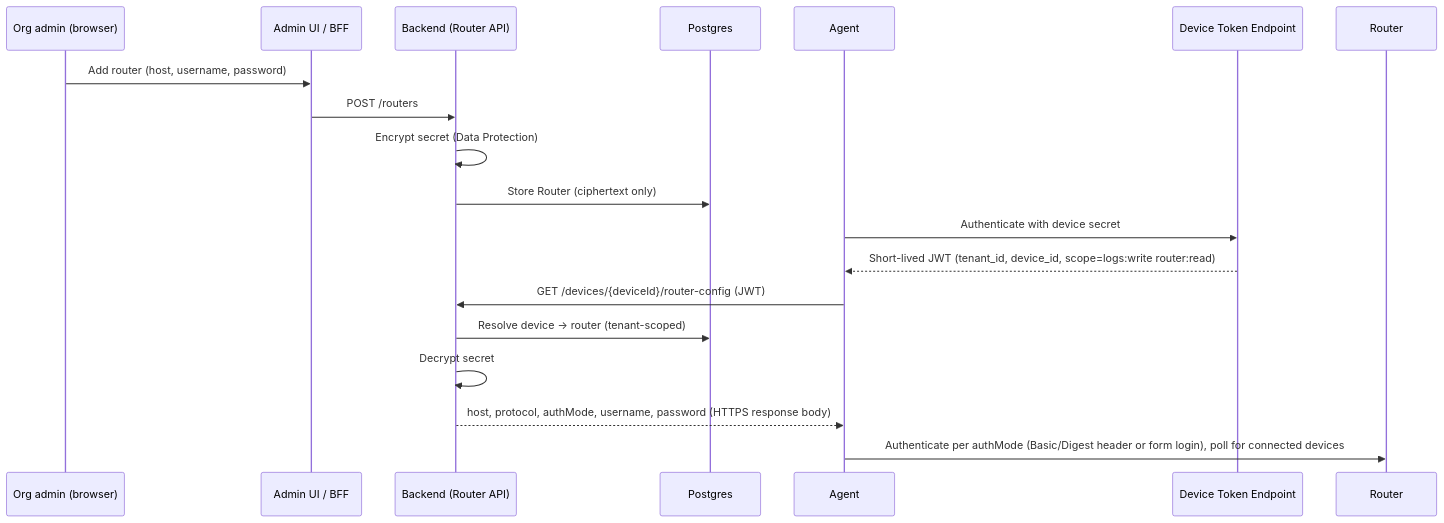
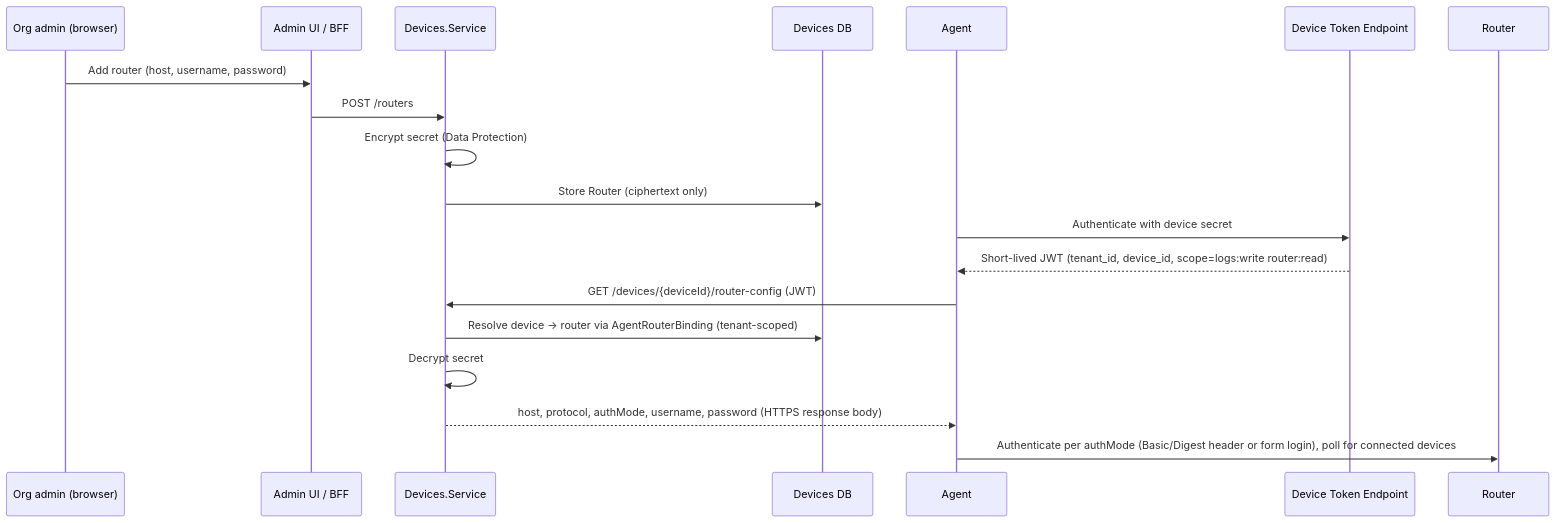
Before and after one commit to dzaba1/HomeSecurity: the second of 2 diagrams in docs/architecture/15-router-credentials.md, drawn with Mermaid. The commit also changed other lines of this file and 8 other files, not shown here.

````diff
--- a/docs/architecture/15-router-credentials.md
+++ b/docs/architecture/15-router-credentials.md
@@ -141,23 +183,23 @@
 ```mermaid
 sequenceDiagram
   participant Admin as Org admin (browser)
   participant UI as Admin UI / BFF
-  participant BE as Backend (Router API)
-  participant DB as Postgres
+  participant BE as Devices.Service
+  participant DB as Devices DB
   participant A as Agent
   participant T as Device Token Endpoint
   participant R as Router
 
   Admin->>UI: Add router (host, username, password)
   UI->>BE: POST /routers
   BE->>BE: Encrypt secret (Data Protection)
   BE->>DB: Store Router (ciphertext only)
 
   A->>T: Authenticate with device secret
   T-->>A: Short-lived JWT (tenant_id, device_id, scope=logs:write router:read)
   A->>BE: GET /devices/{deviceId}/router-config (JWT)
-  BE->>DB: Resolve device -> router (tenant-scoped)
+  BE->>DB: Resolve device -> router via AgentRouterBinding (tenant-scoped)
   BE->>BE: Decrypt secret
   BE-->>A: host, protocol, authMode, username, password (HTTPS response body)
   A->>R: Authenticate per authMode (Basic/Digest header or form login), poll for connected devices
 ```
````
